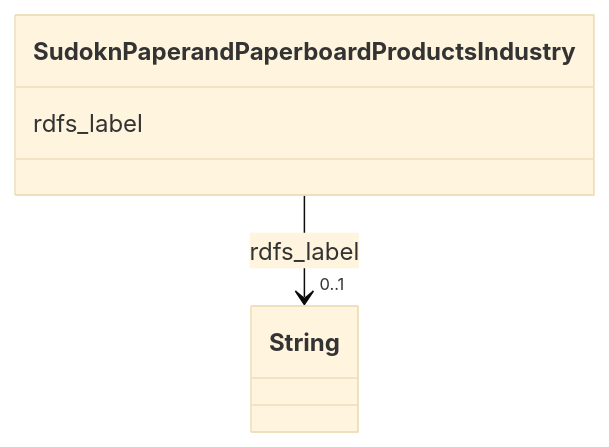
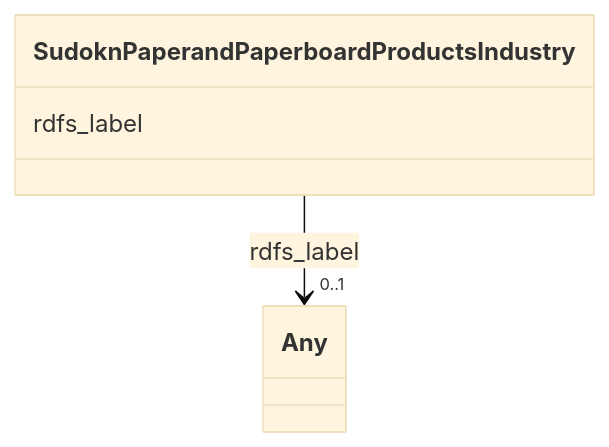
One commit to frink-okn/graph-descriptions changed the diagram in sudokn-kg/classes/SudoknPaperandPaperboardProductsIndustry.md. Above: the diagram before and after it, drawn with Mermaid (base theme). The commit also changed other lines of this file and 903 other files, not shown here.

````diff
--- a/sudokn-kg/classes/SudoknPaperandPaperboardProductsIndustry.md
+++ b/sudokn-kg/classes/SudoknPaperandPaperboardProductsIndustry.md
@@ -23,15 +18,15 @@
 ```mermaid
  classDiagram
     class SudoknPaperandPaperboardProductsIndustry
     click SudoknPaperandPaperboardProductsIndustry href "../SudoknPaperandPaperboardProductsIndustry"
       SudoknPaperandPaperboardProductsIndustry : rdfs_label
         
           
     
     
-    SudoknPaperandPaperboardProductsIndustry --> "0..1" String : rdfs_label
-    click String href "../String"
+    SudoknPaperandPaperboardProductsIndustry --> "0..1" Any : rdfs_label
+    click Any href "../Any"
 
         
       
 ```
````
